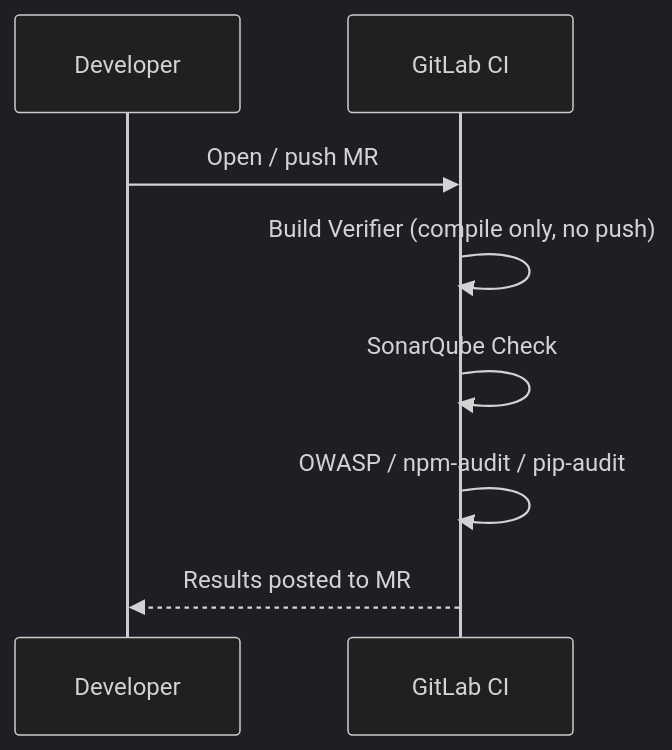
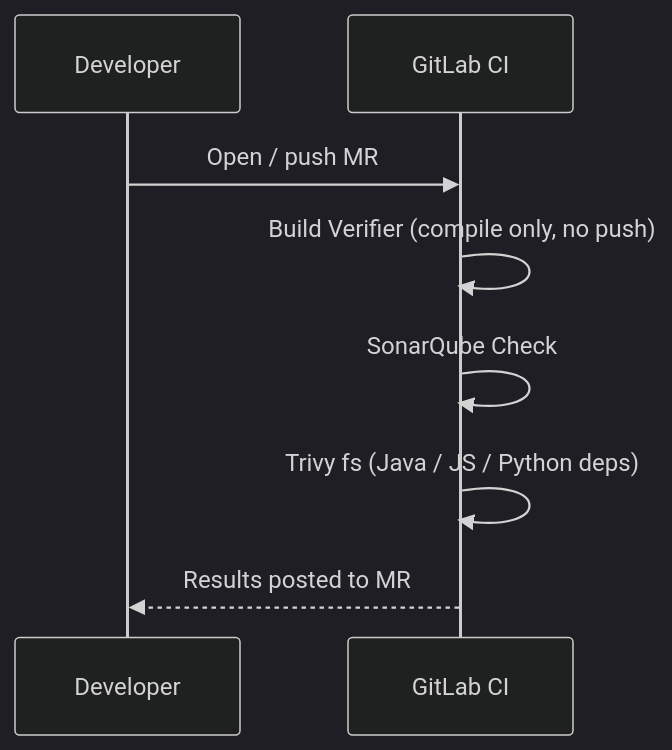
The second of 4 diagrams in .gitlab/README.md (smclab/openk9), drawn with Mermaid (dark theme) before and after one commit. The commit also changed other lines of this file and 2 other files, not shown here.

Commit message:
Issue #2004: enforce Trivy suppression expiry via CI check

````diff
--- a/.gitlab/README.md
+++ b/.gitlab/README.md
@@ -544,11 +535,11 @@
 ```mermaid
 sequenceDiagram
     participant Dev as Developer
     participant Git as GitLab CI
 
     Dev->>Git: Open / push MR
     Git->>Git: Build Verifier (compile only, no push)
     Git->>Git: SonarQube Check
-    Git->>Git: OWASP / npm-audit / pip-audit
+    Git->>Git: Trivy fs (Java / JS / Python deps)
     Git-->>Dev: Results posted to MR
 ```
````
